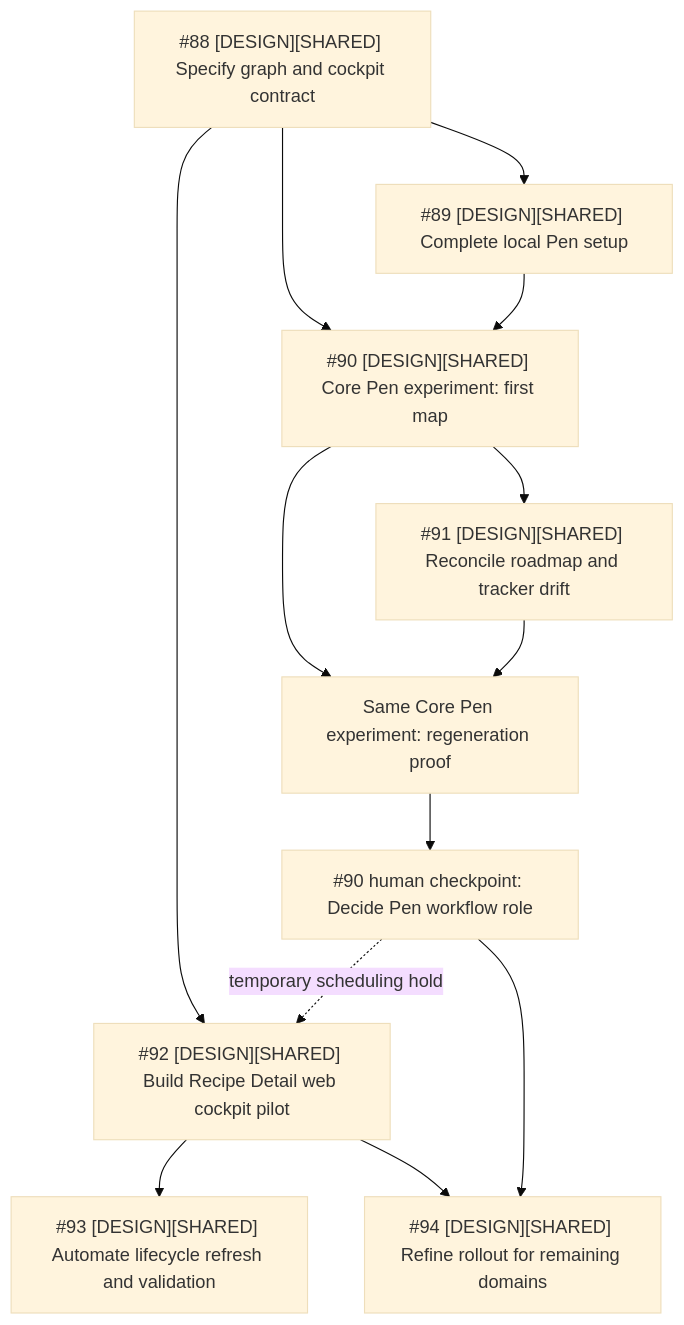
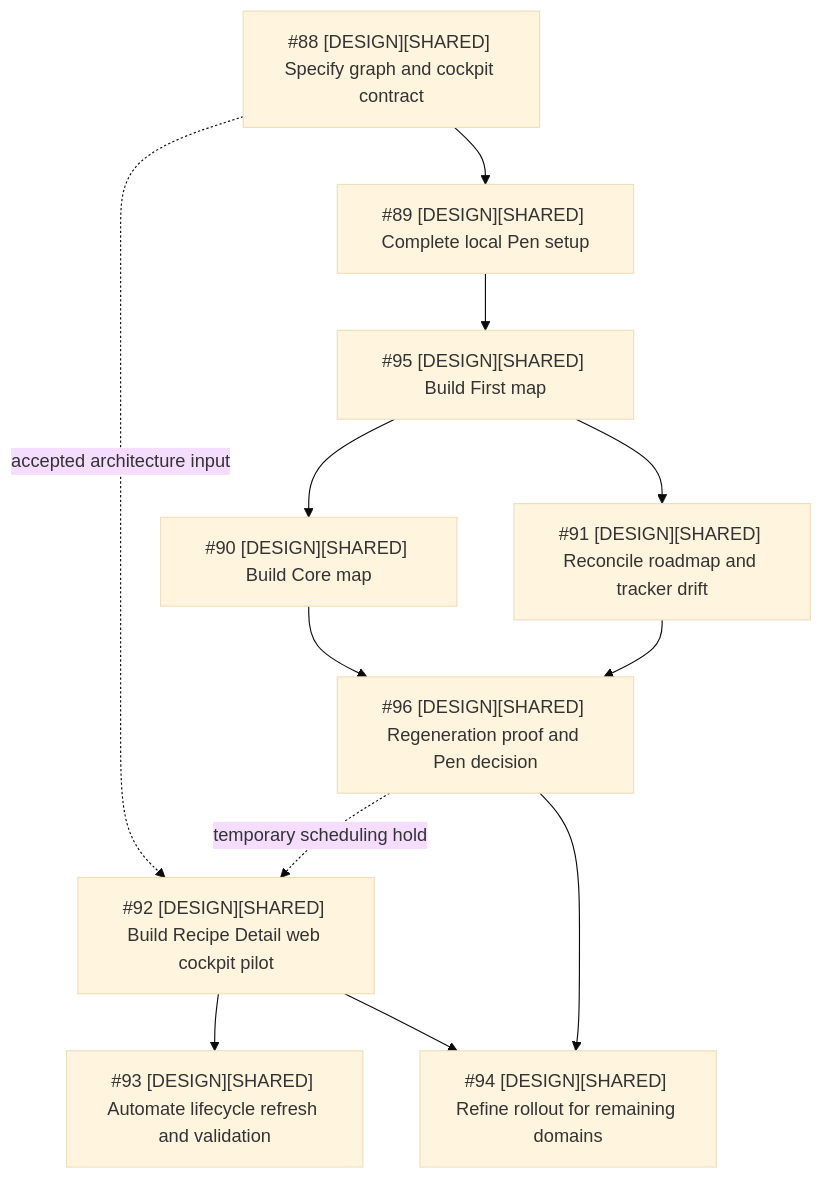
One commit to starkovalera/recipe-manager changed the diagram in design/shared/design-operations-cockpit-spec.md. Above: the diagram before and after it, drawn with Mermaid (base theme). The commit also changed other lines of this file and 2 other files, not shown here.

Commit message:
docs: split Pen experiment fork and join tasks (#97)

````diff
--- a/design/shared/design-operations-cockpit-spec.md
+++ b/design/shared/design-operations-cockpit-spec.md
@@ -348,26 +353,25 @@
 ```mermaid
 flowchart TD
   spec["#88 [DESIGN][SHARED] Specify graph and cockpit contract"]
   setup["#89 [DESIGN][SHARED] Complete local Pen setup"]
-  first["#90 [DESIGN][SHARED] Core Pen experiment: first map"]
+  first["#95 [DESIGN][SHARED] Build First map"]
+  core["#90 [DESIGN][SHARED] Build Core map"]
   maintenance["#91 [DESIGN][SHARED] Reconcile roadmap and tracker drift"]
-  regen["Same Core Pen experiment: regeneration proof"]
-  decision["#90 human checkpoint: Decide Pen workflow role"]
+  decision["#96 [DESIGN][SHARED] Regeneration proof and Pen decision"]
   cockpit["#92 [DESIGN][SHARED] Build Recipe Detail web cockpit pilot"]
   automation["#93 [DESIGN][SHARED] Automate lifecycle refresh and validation"]
   refinement["#94 [DESIGN][SHARED] Refine rollout for remaining domains"]
 
   spec --> setup
-  spec --> first
   setup --> first
+  first --> core
   first --> maintenance
-  first --> regen
-  maintenance --> regen
-  regen --> decision
+  core --> decision
+  maintenance --> decision
 
-  spec --> cockpit
+  spec -. accepted architecture input .-> cockpit
   decision -. temporary scheduling hold .-> cockpit
   cockpit --> automation
   cockpit --> refinement
   decision --> refinement
 ```
````
